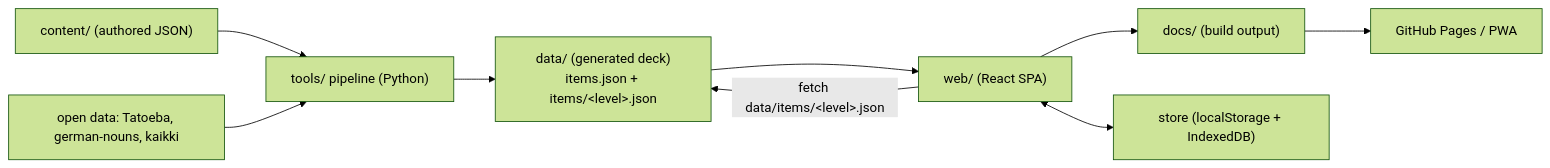
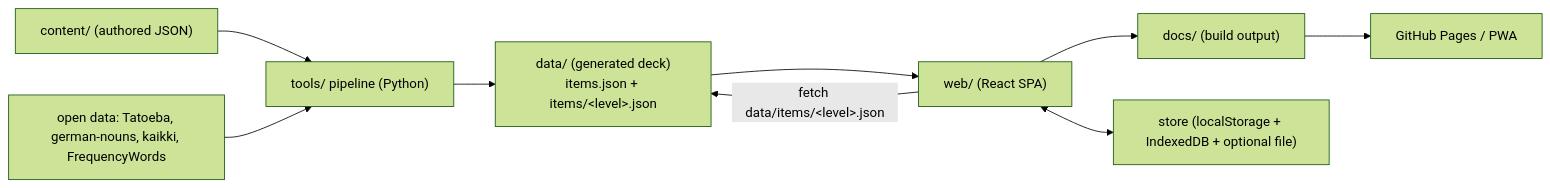
One commit to IvayloKiryazov/stufe changed the diagram in documentation/architecture.md. Above: the diagram before and after it, drawn with Mermaid (forest theme). The commit also changed other lines of this file and 11 other files, not shown here.

````diff
--- a/documentation/architecture.md
+++ b/documentation/architecture.md
@@ -20,11 +21,11 @@
 ```mermaid
 flowchart LR
   content["content/ (authored JSON)"] --> tools["tools/ pipeline (Python)"]
-  sources["open data: Tatoeba, german-nouns, kaikki"] --> tools
+  sources["open data: Tatoeba, german-nouns, kaikki, FrequencyWords"] --> tools
   tools --> data["data/ (generated deck)<br/>items.json + items/&lt;level&gt;.json"]
   data --> app["web/ (React SPA)"]
   app --> docs["docs/ (build output)"]
   docs --> pages["GitHub Pages / PWA"]
   app -- "fetch data/items/&lt;level&gt;.json" --> data
-  app <--> store["store (localStorage + IndexedDB)"]
+  app <--> store["store (localStorage + IndexedDB + optional file)"]
 ```
````
